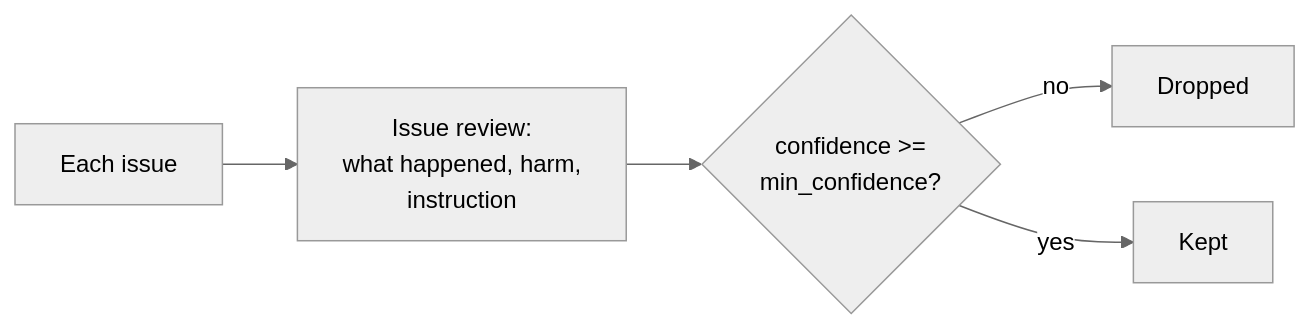
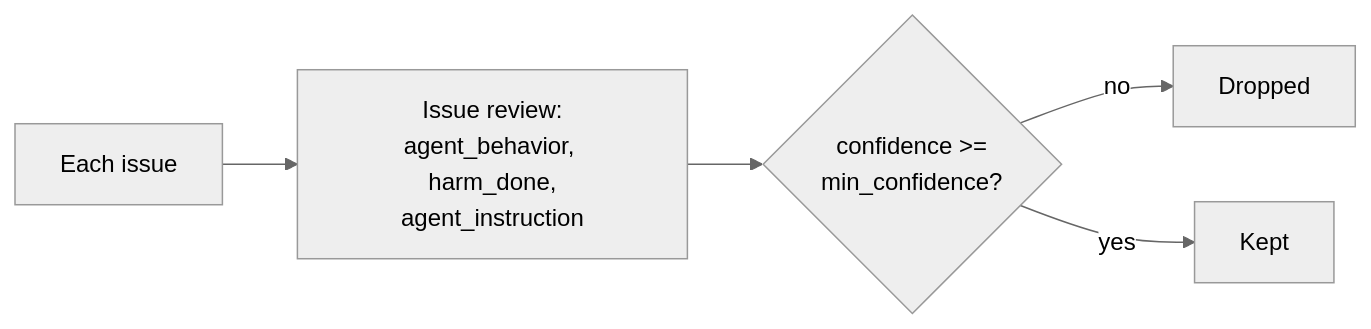
Before and after one commit to confident-ai/deepeval: the diagram in docs/content/docs/(monitoring-classifiers)/classifiers-issue.mdx, drawn with Mermaid (neutral theme). The commit also changed other lines of this file and 5 other files, not shown here.

````diff
--- a/docs/content/docs/(monitoring-classifiers)/classifiers-issue.mdx
+++ b/docs/content/docs/(monitoring-classifiers)/classifiers-issue.mdx
@@ -94,7 +94,7 @@
 ```mermaid
 flowchart LR
-    issue[Each issue] --> review[Issue review:<br/>what happened, harm,<br/>instruction]
+    issue[Each issue] --> review[Issue review:<br/>agent_behavior, harm_done,<br/>agent_instruction]
     review --> conf{confidence >=<br/>min_confidence?}
     conf -- no --> drop[Dropped]
     conf -- yes --> keep[Kept]
 ```
````
